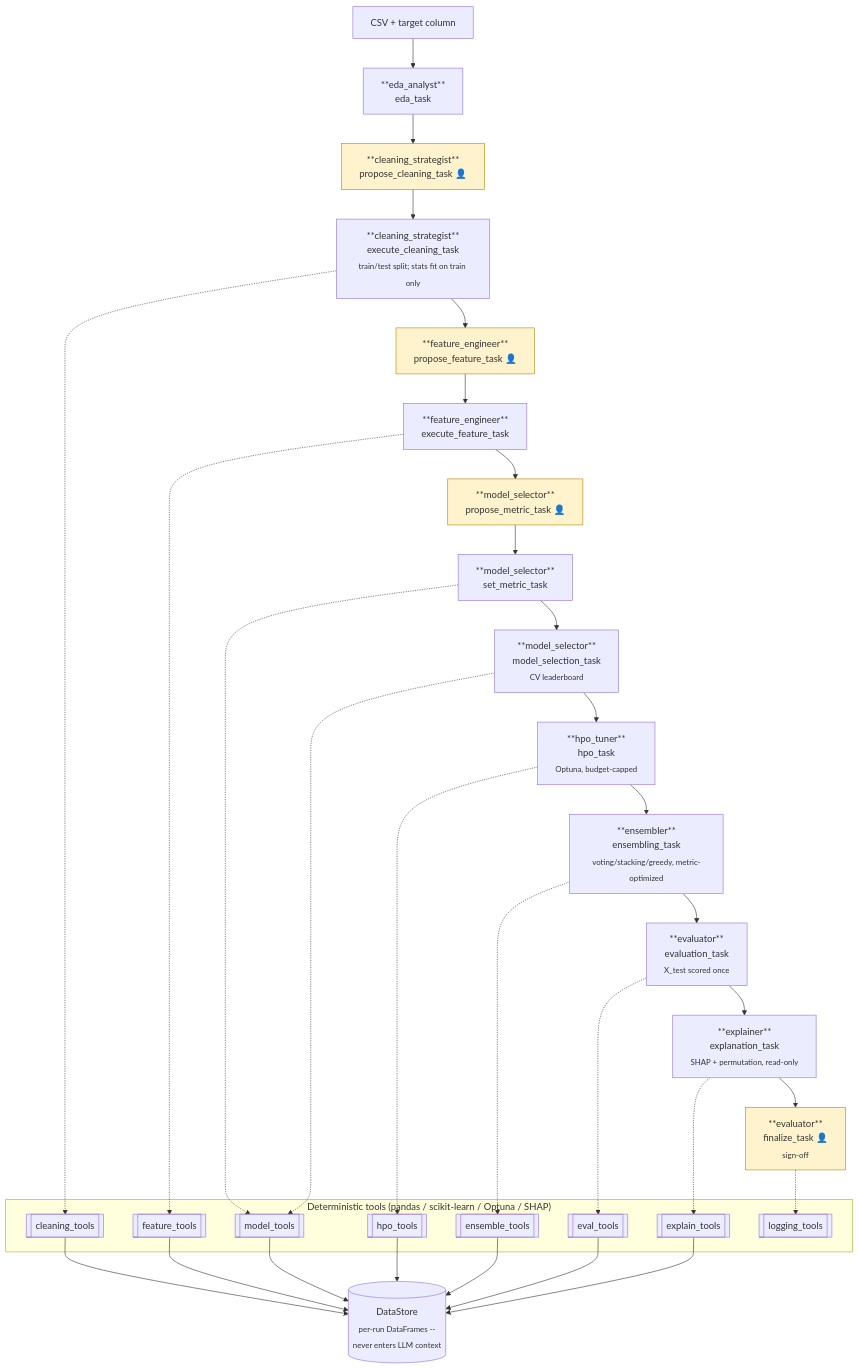
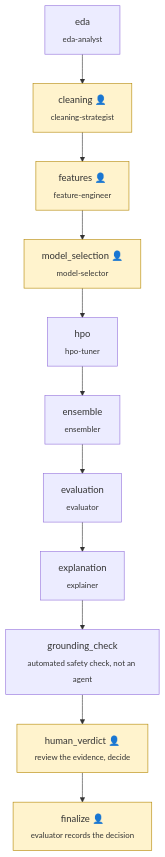
One commit to rushikeshdhumal/ml-agent-structured-data changed the diagram in README.md. Above: the diagram before and after it, drawn with Mermaid. The commit also changed other lines of this file and 1 other file, not shown here.

First line of the commit message:
Split README into a CIO-readable overview and a full engineering reference

````diff
--- a/README.md
+++ b/README.md
@@ -107,47 +26,19 @@
 ```mermaid
 flowchart TD
-    CSV["CSV + target column"]
-    EDA["**eda_analyst**<br/>eda_task"]
-    PC["**cleaning_strategist**<br/>propose_cleaning_task 👤"]
-    EC["**cleaning_strategist**<br/>execute_cleaning_task<br/><sub>train/test split; stats fit on train only</sub>"]
-    PF["**feature_engineer**<br/>propose_feature_task 👤"]
-    EF["**feature_engineer**<br/>execute_feature_task"]
-    PM["**model_selector**<br/>propose_metric_task 👤"]
-    SM["**model_selector**<br/>set_metric_task"]
-    MS["**model_selector**<br/>model_selection_task<br/><sub>CV leaderboard</sub>"]
-    HPO["**hpo_tuner**<br/>hpo_task<br/><sub>Optuna, budget-capped</sub>"]
-    ENS["**ensembler**<br/>ensembling_task<br/><sub>voting/stacking/greedy, metric-optimized</sub>"]
-    EV["**evaluator**<br/>evaluation_task<br/><sub>X_test scored once</sub>"]
-    EX["**explainer**<br/>explanation_task<br/><sub>SHAP + permutation, read-only</sub>"]
-    FIN["**evaluator**<br/>finalize_task 👤<br/><sub>sign-off</sub>"]
+    EDA["eda<br/><sub>eda-analyst</sub>"]
+    CLEAN["cleaning 👤<br/><sub>cleaning-strategist</sub>"]
+    FEAT["features 👤<br/><sub>feature-engineer</sub>"]
+    SEL["model_selection 👤<br/><sub>model-selector</sub>"]
+    HPO["hpo<br/><sub>hpo-tuner</sub>"]
+    ENS["ensemble<br/><sub>ensembler</sub>"]
+    EVAL["evaluation<br/><sub>evaluator</sub>"]
+    EXP["explanation<br/><sub>explainer</sub>"]
+    CHECK["grounding_check<br/><sub>automated safety check, not an agent</sub>"]
+    VERDICT["human_verdict 👤<br/><sub>review the evidence, decide</sub>"]
+    FIN["finalize 👤<br/><sub>evaluator records the decision</sub>"]
 
-    CSV --> EDA --> PC --> EC --> PF --> EF --> PM --> SM --> MS --> HPO --> ENS --> EV --> EX --> FIN
-
-    subgraph Tools["Deterministic tools (pandas / scikit-learn / Optuna / SHAP)"]
-        T1[[cleaning_tools]]
-        T2[[feature_tools]]
-        T3[[model_tools]]
-        T4[[hpo_tools]]
-        T7[[ensemble_tools]]
-        T5[[eval_tools]]
-        T8[[explain_tools]]
-        T6[[logging_tools]]
-    end
-
-    EC -.-> T1
-    EF -.-> T2
-    SM -.-> T3
-    MS -.-> T3
-    HPO -.-> T4
-    ENS -.-> T7
-    EV -.-> T5
-    EX -.-> T8
-    FIN -.-> T6
-
-    DS[("DataStore<br/><sub>per-run DataFrames --<br/>never enters LLM context</sub>")]
-
-    T1 & T2 & T3 & T4 & T7 & T5 & T8 --> DS
+    EDA --> CLEAN --> FEAT --> SEL --> HPO --> ENS --> EVAL --> EXP --> CHECK --> VERDICT --> FIN
 
     classDef gate fill:#fff3cd,stroke:#b38600
-    class PC,PF,PM,FIN gate
+    class CLEAN,FEAT,SEL,VERDICT,FIN gate
 ```
````
